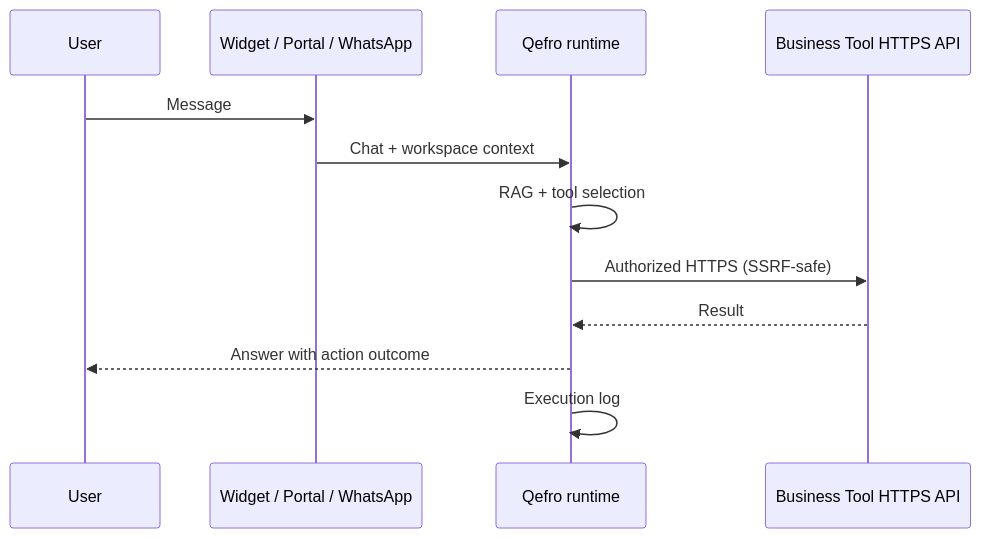
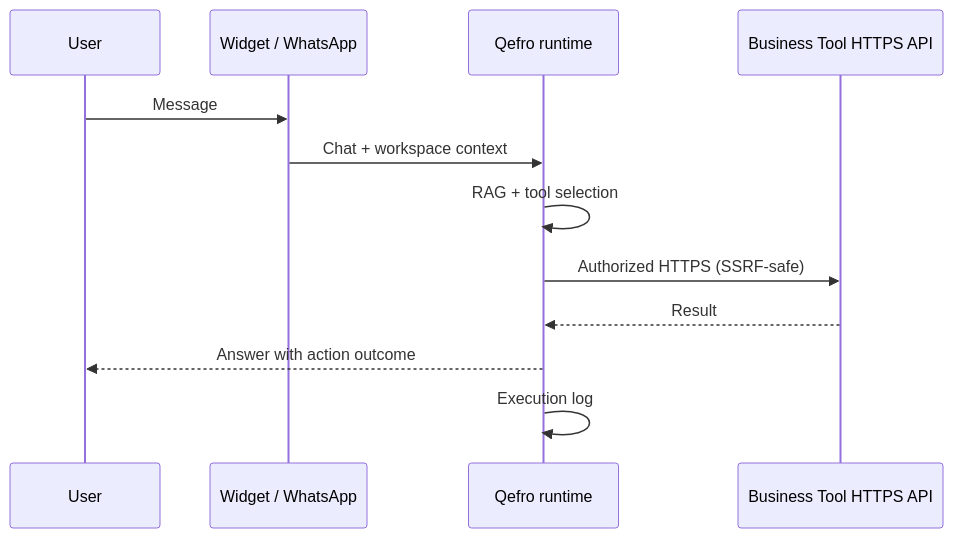
One commit to qefro-ai/qefro-documentation changed the diagram in docs/concepts/business-actions.mdx. Above: the diagram before and after it, drawn with Mermaid. The commit also changed other lines of this file and 6 other files, not shown here.

First line of the commit message:
Document Internal Portal Business Tool V1 channel limits.

````diff
--- a/docs/concepts/business-actions.mdx
+++ b/docs/concepts/business-actions.mdx
@@ -50,14 +50,14 @@
 ```mermaid
 sequenceDiagram
   participant User
-  participant Channel as Widget / Portal / WhatsApp
+  participant Channel as Widget / WhatsApp
   participant Qefro as Qefro runtime
   participant Tool as Business Tool HTTPS API
   User->>Channel: Message
   Channel->>Qefro: Chat + workspace context
   Qefro->>Qefro: RAG + tool selection
   Qefro->>Tool: Authorized HTTPS (SSRF-safe)
   Tool-->>Qefro: Result
   Qefro-->>User: Answer with action outcome
   Qefro->>Qefro: Execution log
 ```
````
